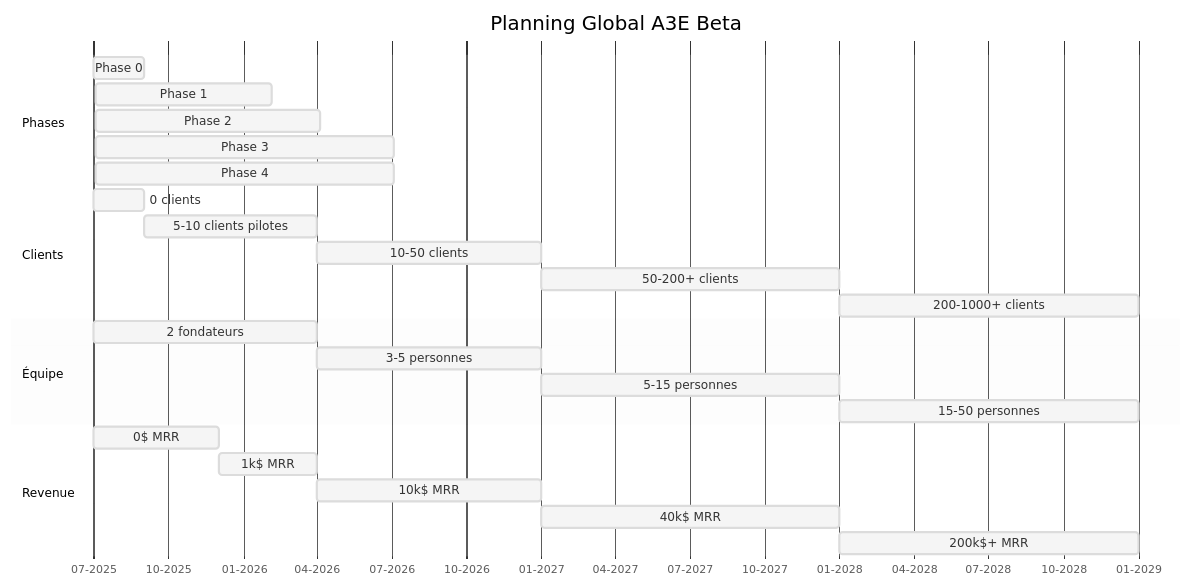
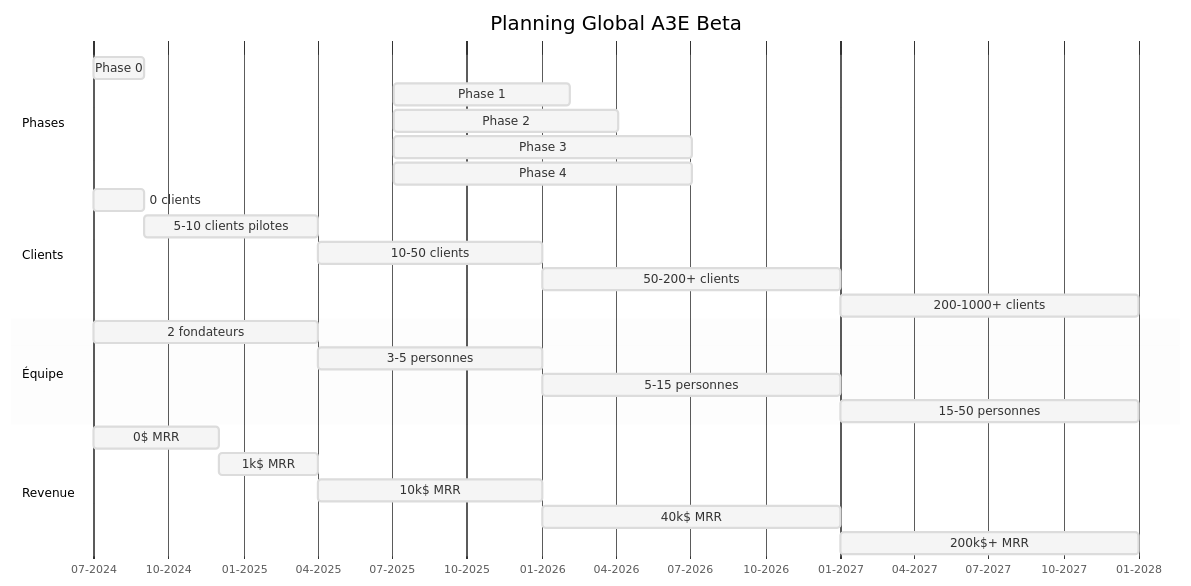
One commit to MacroMan5/project_a3e_beta changed the diagram in project/8_implementation_roadmap/PLANNING_PHASES.md. Above: the diagram before and after it, drawn with Mermaid. The commit also changed other lines of this file and 16 other files, not shown here.

````diff
--- a/project/8_implementation_roadmap/PLANNING_PHASES.md
+++ b/project/8_implementation_roadmap/PLANNING_PHASES.md
@@ -27,34 +27,34 @@
 ```mermaid
 %%{init: {'theme': 'base', 'themeVariables': { 'primaryColor': '#f5f5f5', 'lineColor': '#999', 'fontFamily': 'Roboto, sans-serif'}}}%%
 gantt
     title Planning Global A3E Beta
     dateFormat  MM-YYYY
     axisFormat  %m-%Y
     
     section Phases
-    Phase 0: Validation       :phase0, 07-2025, 2M
+    Phase 0: Validation       :phase0, 07-2024, 2M
     Phase 1: MVP              :phase1, after phase0, 7M
     Phase 2: Expansion        :phase2, after phase1, 9M
     Phase 3: Plateforme       :phase3, after phase2, 12M
     Phase 4: Scaling          :phase4, after phase3, 12M
     
     section Clients
-    0 clients                 :clients0, 07-2025, 2M
+    0 clients                 :clients0, 07-2024, 2M
     5-10 clients pilotes      :clients1, after clients0, 7M
     10-50 clients             :clients2, after clients1, 9M
     50-200+ clients           :clients3, after clients2, 12M
     200-1000+ clients         :clients4, after clients3, 12M
     
     section Équipe
-    2 fondateurs              :team1, 07-2025, 9M
+    2 fondateurs              :team1, 07-2024, 9M
     3-5 personnes             :team2, after team1, 9M
     5-15 personnes            :team3, after team2, 12M
     15-50 personnes           :team4, after team3, 12M
     
     section Revenue
-    0$ MRR                    :rev1, 07-2025, 5M
+    0$ MRR                    :rev1, 07-2024, 5M
     1k$ MRR                   :rev2, after rev1, 4M
     10k$ MRR                  :rev3, after rev2, 9M
     40k$ MRR                  :rev4, after rev3, 12M
     200k$+ MRR                :rev5, after rev4, 12M
 ```
````
